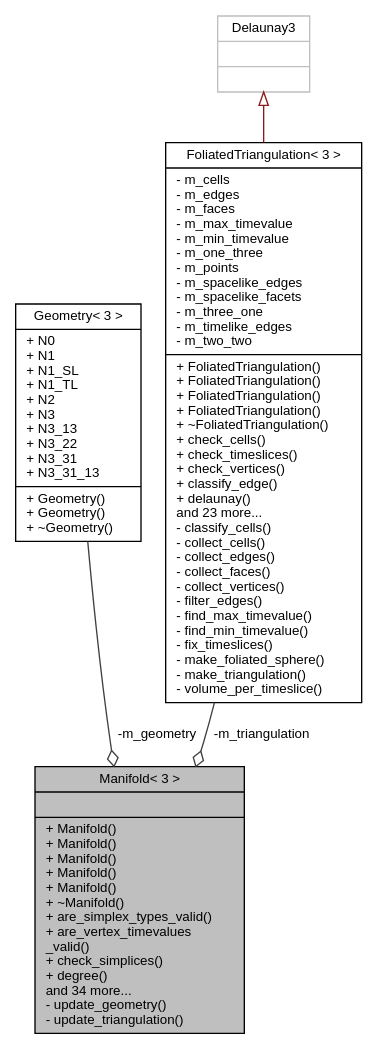
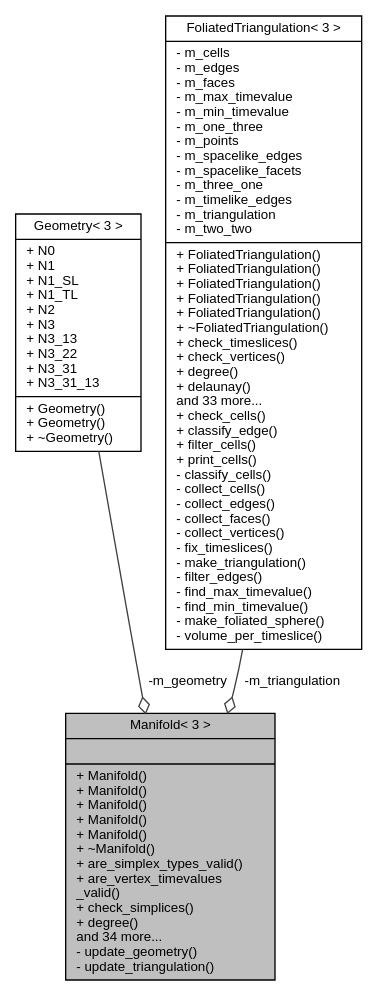
The diagram in class_manifold_3_013_01_4__coll__graph.dot (acgetchell/CDT-plusplus), drawn with Graphviz before and after one commit. The commit also changed 263 other files, not shown here.

```diff
--- a/class_manifold_3_013_01_4__coll__graph.dot
+++ b/class_manifold_3_013_01_4__coll__graph.dot
@@ -1,13 +1,11 @@
 digraph "Manifold&lt; 3 &gt;"
 {
  // LATEX_PDF_SIZE
   edge [fontname="Helvetica",fontsize="10",labelfontname="Helvetica",labelfontsize="10"];
   node [fontname="Helvetica",fontsize="10",shape=record];
   Node1 [label="{Manifold\< 3 \>\n||+ Manifold()\l+ Manifold()\l+ Manifold()\l+ Manifold()\l+ Manifold()\l+ ~Manifold()\l+ are_simplex_types_valid()\l+ are_vertex_timevalues\l_valid()\l+ check_simplices()\l+ degree()\land 34 more...\l- update_geometry()\l- update_triangulation()\l}",height=0.2,width=0.4,color="black", fillcolor="grey75", style="filled", fontcolor="black",tooltip="3D Manifold"];
   Node2 -> Node1 [color="grey25",fontsize="10",style="solid",label=" -m_geometry" ,arrowhead="odiamond",fontname="Helvetica"];
   Node2 [label="{Geometry\< 3 \>\n|+ N0\l+ N1\l+ N1_SL\l+ N1_TL\l+ N2\l+ N3\l+ N3_13\l+ N3_22\l+ N3_31\l+ N3_31_13\l|+ Geometry()\l+ Geometry()\l+ ~Geometry()\l}",height=0.2,width=0.4,color="black", fillcolor="white", style="filled",URL="$struct_geometry_3_013_01_4.html",tooltip="3D Geometry"];
   Node3 -> Node1 [color="grey25",fontsize="10",style="solid",label=" -m_triangulation" ,arrowhead="odiamond",fontname="Helvetica"];
-  Node3 [label="{FoliatedTriangulation\< 3 \>\n|- m_cells\l- m_edges\l- m_faces\l- m_max_timevalue\l- m_min_timevalue\l- m_one_three\l- m_points\l- m_spacelike_edges\l- m_spacelike_facets\l- m_three_one\l- m_timelike_edges\l- m_two_two\l|+ FoliatedTriangulation()\l+ FoliatedTriangulation()\l+ FoliatedTriangulation()\l+ FoliatedTriangulation()\l+ ~FoliatedTriangulation()\l+ check_cells()\l+ check_timeslices()\l+ check_vertices()\l+ classify_edge()\l+ delaunay()\land 23 more...\l- classify_cells()\l- collect_cells()\l- collect_edges()\l- collect_faces()\l- collect_vertices()\l- filter_edges()\l- find_max_timevalue()\l- find_min_timevalue()\l- fix_timeslices()\l- make_foliated_sphere()\l- make_triangulation()\l- volume_per_timeslice()\l}",height=0.2,width=0.4,color="black", fillcolor="white", style="filled",URL="$class_foliated_triangulation_3_013_01_4.html",tooltip="3D Triangulation"];
-  Node4 -> Node3 [dir="back",color="firebrick4",fontsize="10",style="solid",arrowtail="onormal",fontname="Helvetica"];
-  Node4 [label="{Delaunay3\n||}",height=0.2,width=0.4,color="grey75", fillcolor="white", style="filled",tooltip=" "];
+  Node3 [label="{FoliatedTriangulation\< 3 \>\n|- m_cells\l- m_edges\l- m_faces\l- m_max_timevalue\l- m_min_timevalue\l- m_one_three\l- m_points\l- m_spacelike_edges\l- m_spacelike_facets\l- m_three_one\l- m_timelike_edges\l- m_triangulation\l- m_two_two\l|+ FoliatedTriangulation()\l+ FoliatedTriangulation()\l+ FoliatedTriangulation()\l+ FoliatedTriangulation()\l+ FoliatedTriangulation()\l+ ~FoliatedTriangulation()\l+ check_timeslices()\l+ check_vertices()\l+ degree()\l+ delaunay()\land 33 more...\l+ check_cells()\l+ classify_edge()\l+ filter_cells()\l+ print_cells()\l- classify_cells()\l- collect_cells()\l- collect_edges()\l- collect_faces()\l- collect_vertices()\l- fix_timeslices()\l- make_triangulation()\l- filter_edges()\l- find_max_timevalue()\l- find_min_timevalue()\l- make_foliated_sphere()\l- volume_per_timeslice()\l}",height=0.2,width=0.4,color="black", fillcolor="white", style="filled",URL="$class_foliated_triangulation_3_013_01_4.html",tooltip="3D Triangulation"];
 }
```
